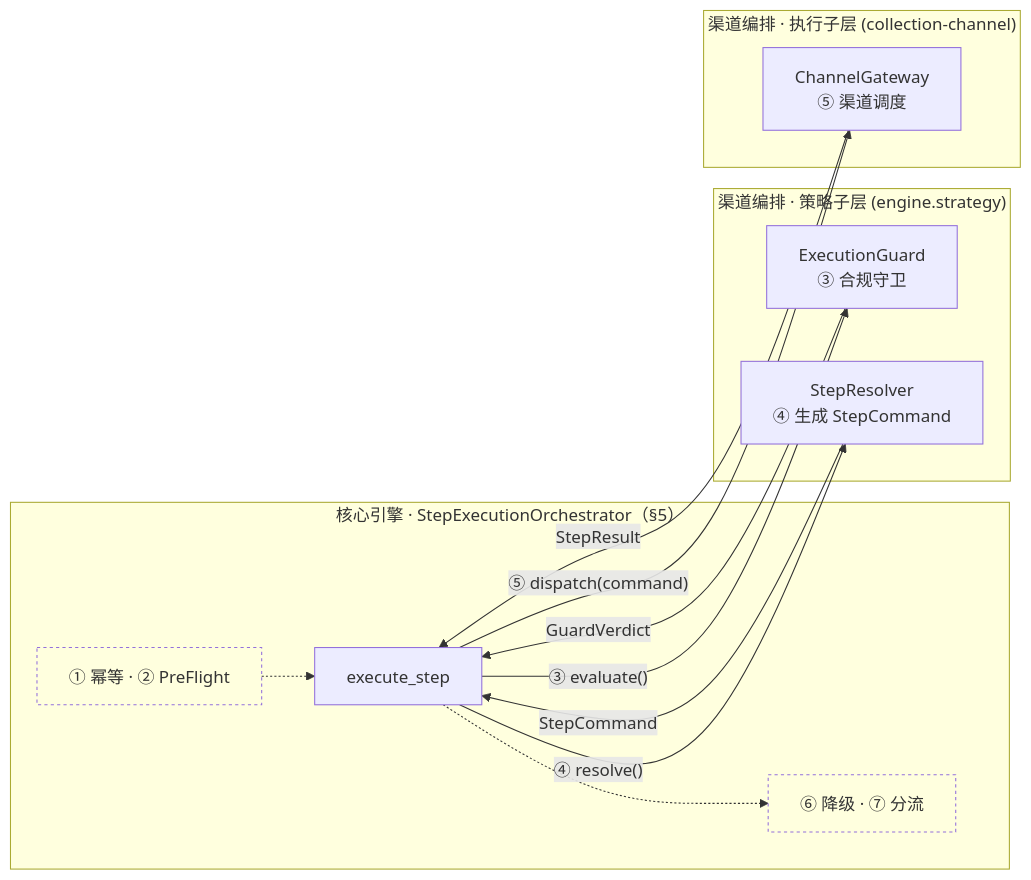
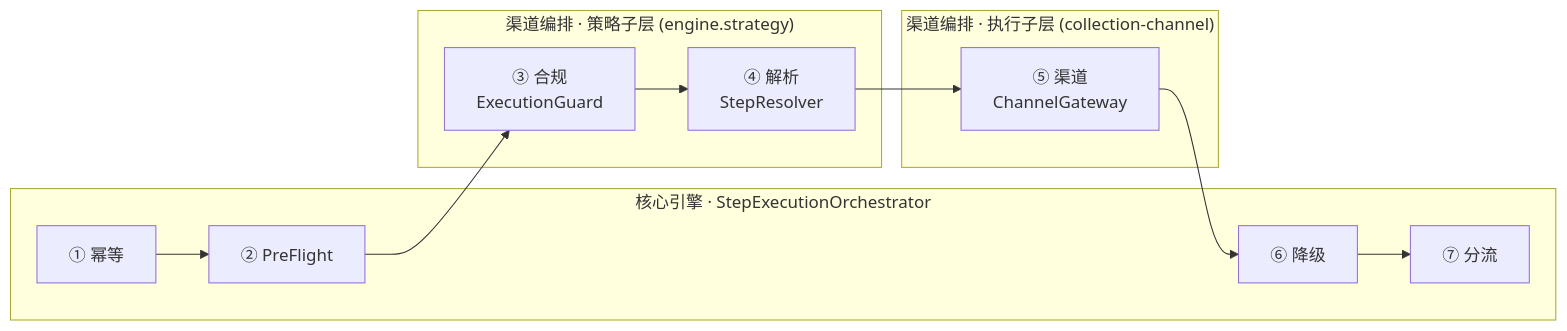
One commit to katherineliu2102/Intelligent-Collection-V1 changed the first of 5 diagrams in docs/MOCASA催收系统升级_Phase1_核心引擎规格.md. Above: the diagram before and after it, drawn with Mermaid. The commit also changed other lines of this file and 107 other files, not shown here.

````diff
--- a/docs/MOCASA催收系统升级_Phase1_核心引擎规格.md
+++ b/docs/MOCASA催收系统升级_Phase1_核心引擎规格.md
@@ -67,29 +68,20 @@
 ```mermaid
 flowchart LR
-    subgraph engine["核心引擎 · StepExecutionOrchestrator（§5）"]
-        I12["① 幂等 · ② PreFlight"]
-        O["execute_step"]
-        I67["⑥ 降级 · ⑦ 分流"]
-        I12 -.-> O
-        O -.-> I67
+    subgraph engine["核心引擎 · StepExecutionOrchestrator"]
+        S1["① 幂等"]
+        S2["② PreFlight"]
+        S6["⑥ 降级"]
+        S7["⑦ 分流"]
     end
 
     subgraph strategy["渠道编排 · 策略子层 (engine.strategy)"]
-        EG["ExecutionGuard<br/>③ 合规守卫"]
-        SR["StepResolver<br/>④ 生成 StepCommand"]
+        S3["③ 合规<br/>ExecutionGuard"]
+        S4["④ 解析<br/>StepResolver"]
     end
 
     subgraph exec["渠道编排 · 执行子层 (collection-channel)"]
-        CG["ChannelGateway<br/>⑤ 渠道调度"]
+        S5["⑤ 渠道<br/>ChannelGateway"]
     end
 
-    O -->|"③ evaluate()"| EG
-    EG -->|"GuardVerdict"| O
-    O -->|"④ resolve()"| SR
-    SR -->|"StepCommand"| O
-    O -->|"⑤ dispatch(command)"| CG
-    CG -->|"StepResult"| O
-
-    style I12 fill:transparent,stroke-dasharray: 3 3
-    style I67 fill:transparent,stroke-dasharray: 3 3
+    S1 --> S2 --> S3 --> S4 --> S5 --> S6 --> S7
 ```
````
